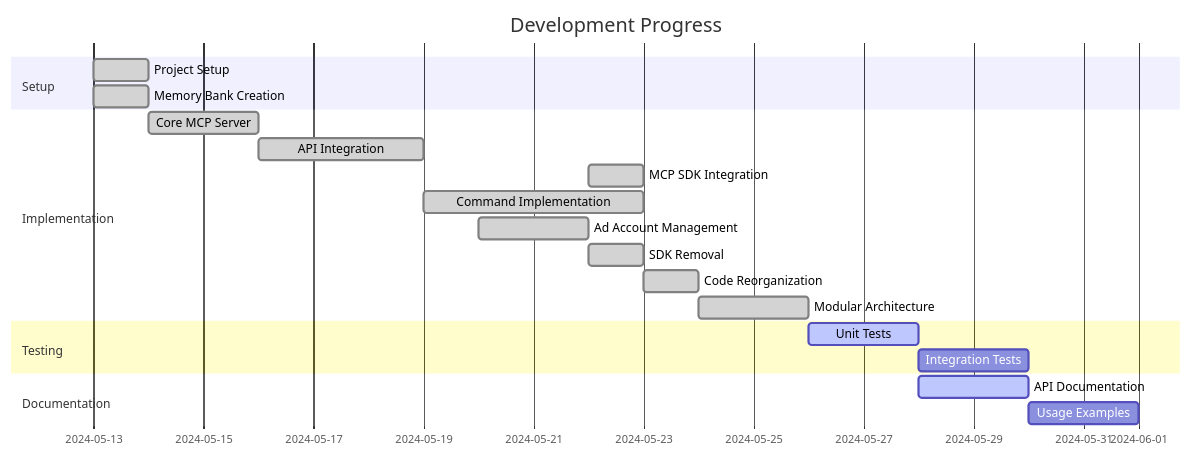
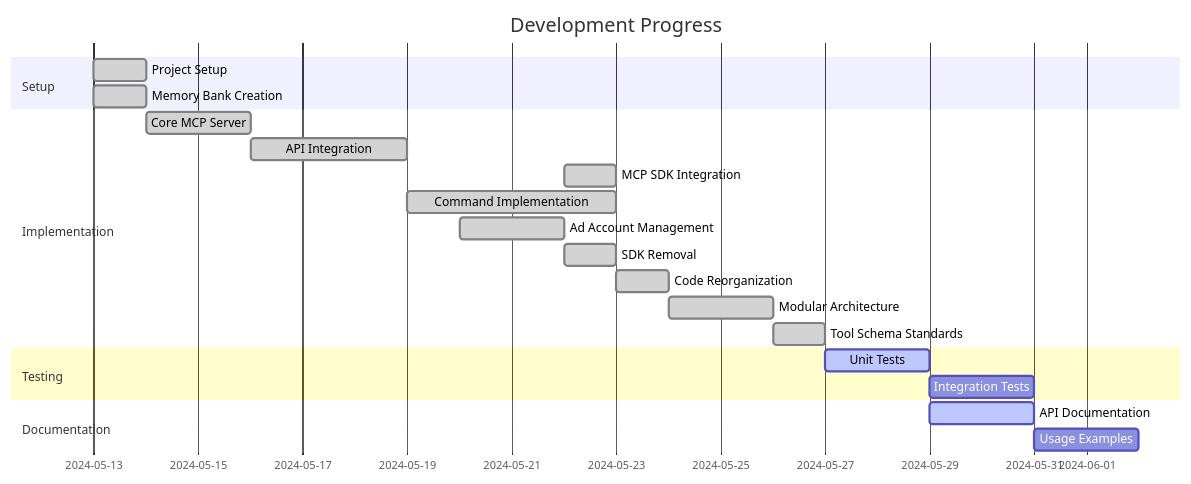
The diagram in memory-bank/activeContext.md (hafidsousa/meta-mcp), drawn with Mermaid before and after one commit. The commit also changed other lines of this file and 10 other files, not shown here.

First line of the commit message:
feat: Standardize MCP tool schemas and enhance campaign management

````diff
--- a/memory-bank/activeContext.md
+++ b/memory-bank/activeContext.md
@@ -265,23 +299,24 @@
 ```mermaid
 gantt
     title Development Progress
     dateFormat  YYYY-MM-DD
     section Setup
     Project Setup           :done, 2024-05-13, 1d
     Memory Bank Creation    :done, 2024-05-13, 1d
     section Implementation
     Core MCP Server        :done, 2024-05-14, 2d
     API Integration        :done, 2024-05-16, 3d
     MCP SDK Integration    :done, 2024-05-22, 1d
     Command Implementation :done, 2024-05-19, 4d
     Ad Account Management  :done, 2024-05-20, 2d
     SDK Removal            :done, 2024-05-22, 1d
     Code Reorganization    :done, 2024-05-23, 1d
     Modular Architecture   :done, 2024-05-24, 2d
+    Tool Schema Standards  :done, 2024-05-26, 1d
     section Testing
-    Unit Tests            :active, 2024-05-26, 2d
-    Integration Tests     :2024-05-28, 2d
+    Unit Tests            :active, 2024-05-27, 2d
+    Integration Tests     :2024-05-29, 2d
     section Documentation
-    API Documentation     :active, 2024-05-28, 2d
-    Usage Examples        :2024-05-30, 2d
+    API Documentation     :active, 2024-05-29, 2d
+    Usage Examples        :2024-05-31, 2d
 ```
````
